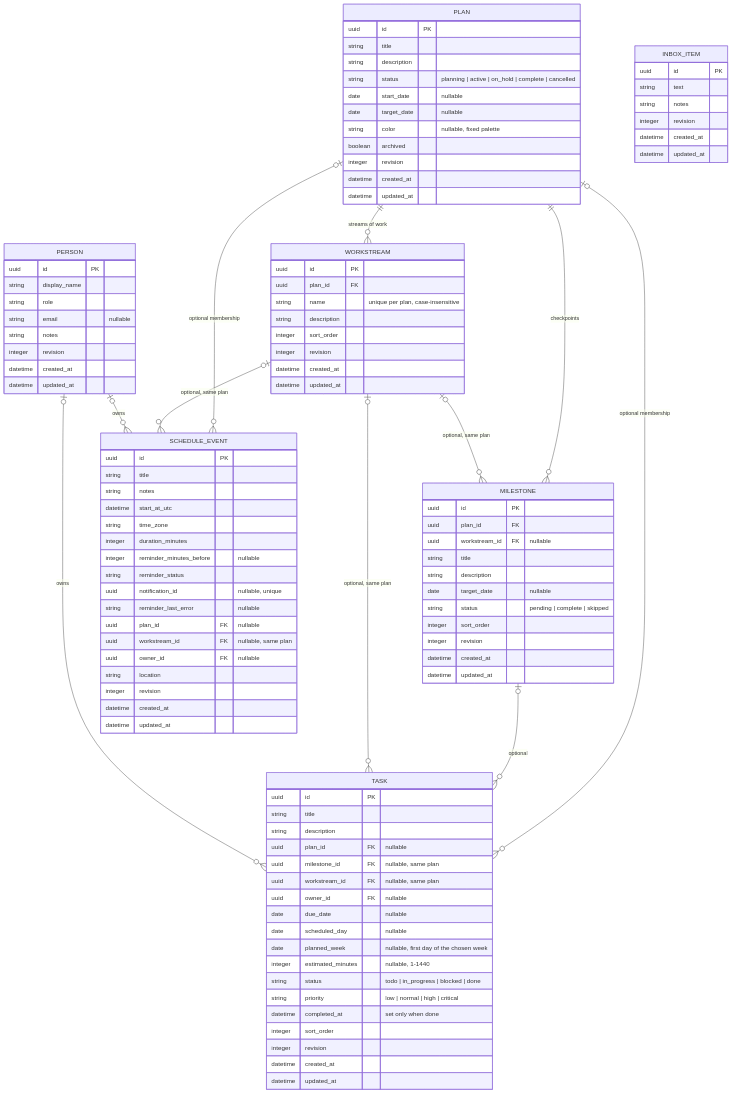
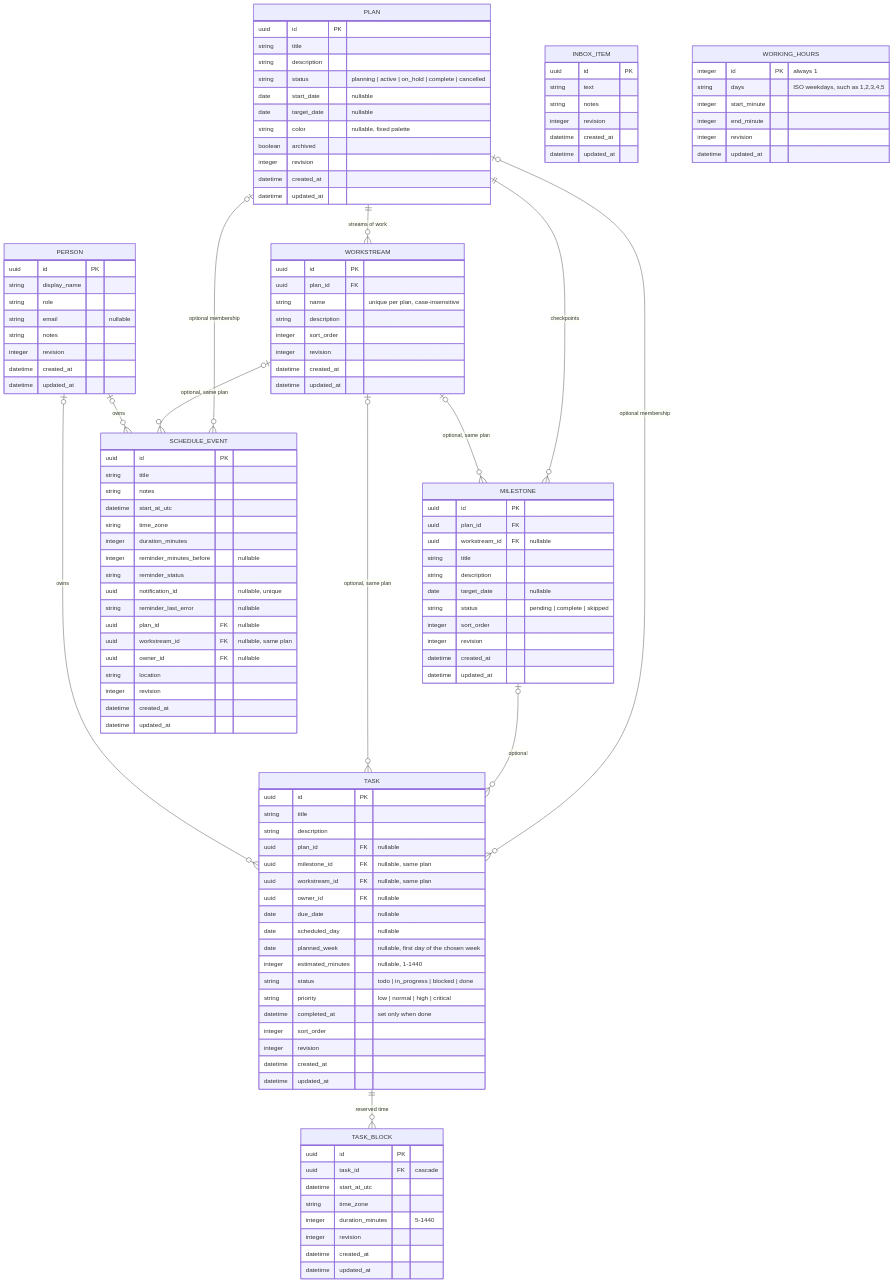
One commit to Von-Van/DelvePlanner changed the second of 3 diagrams in README.md. Above: the diagram before and after it, drawn with Mermaid. The commit also changed other lines of this file and 36 other files, not shown here.

```diff
--- a/README.md
+++ b/README.md
@@ -127,6 +144,7 @@
   WORKSTREAM |o--o{ SCHEDULE_EVENT : "optional, same plan"
   PERSON |o--o{ TASK : "owns"
   PERSON |o--o{ SCHEDULE_EVENT : "owns"
+  TASK ||--o{ TASK_BLOCK : "reserved time"
 
   INBOX_ITEM {
     uuid id PK
@@ -208,6 +226,26 @@
     datetime updated_at
   }
 
+  TASK_BLOCK {
+    uuid id PK
+    uuid task_id FK "cascade"
+    datetime start_at_utc
+    string time_zone
+    integer duration_minutes "5-1440"
+    integer revision
+    datetime created_at
+    datetime updated_at
+  }
+
+  WORKING_HOURS {
+    integer id PK "always 1"
+    string days "ISO weekdays, such as 1,2,3,4,5"
+    integer start_minute
+    integer end_minute
+    integer revision
+    datetime updated_at
+  }
+
   SCHEDULE_EVENT {
     uuid id PK
     string title
```
